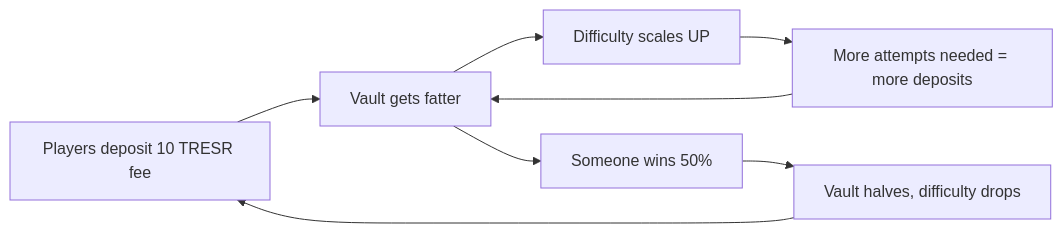
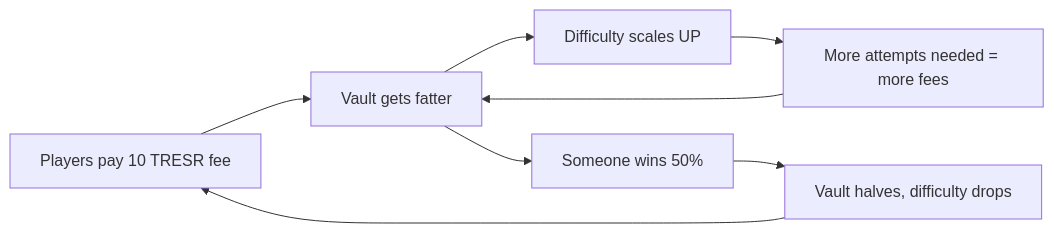
One commit to tresr-community/tresr-game changed the diagram in docs/fomo.md. Above: the diagram before and after it, drawn with Mermaid. The commit also changed other lines of this file and 193 other files, not shown here.

````diff
--- a/docs/fomo.md
+++ b/docs/fomo.md
@@ -15,10 +15,10 @@
 ```mermaid
 graph LR
-    A[Players deposit 10 TRESR fee] --> B[Vault gets fatter]
+    A[Players pay 10 TRESR fee] --> B[Vault gets fatter]
     B --> C[Difficulty scales UP]
-    C --> D[More attempts needed = more deposits]
+    C --> D[More attempts needed = more fees]
     D --> B
     B --> E[Someone wins 50%]
     E --> F[Vault halves, difficulty drops]
     F --> A
 ```
````
